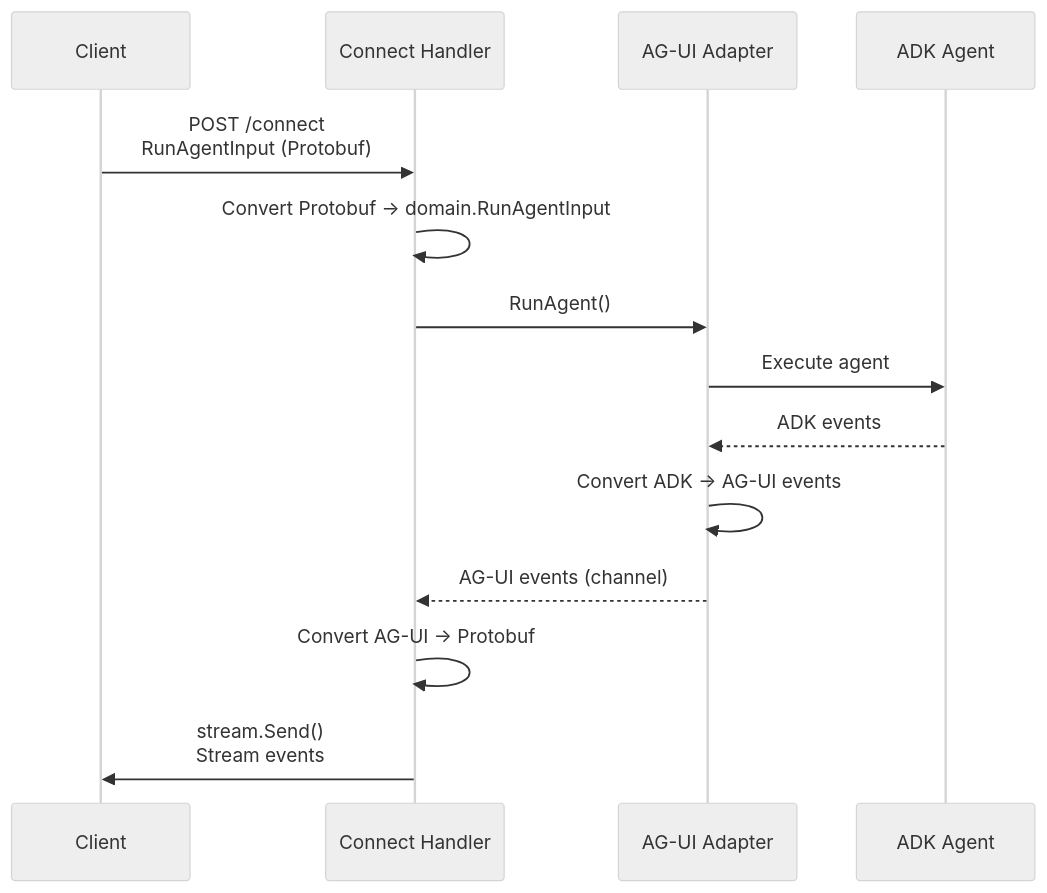
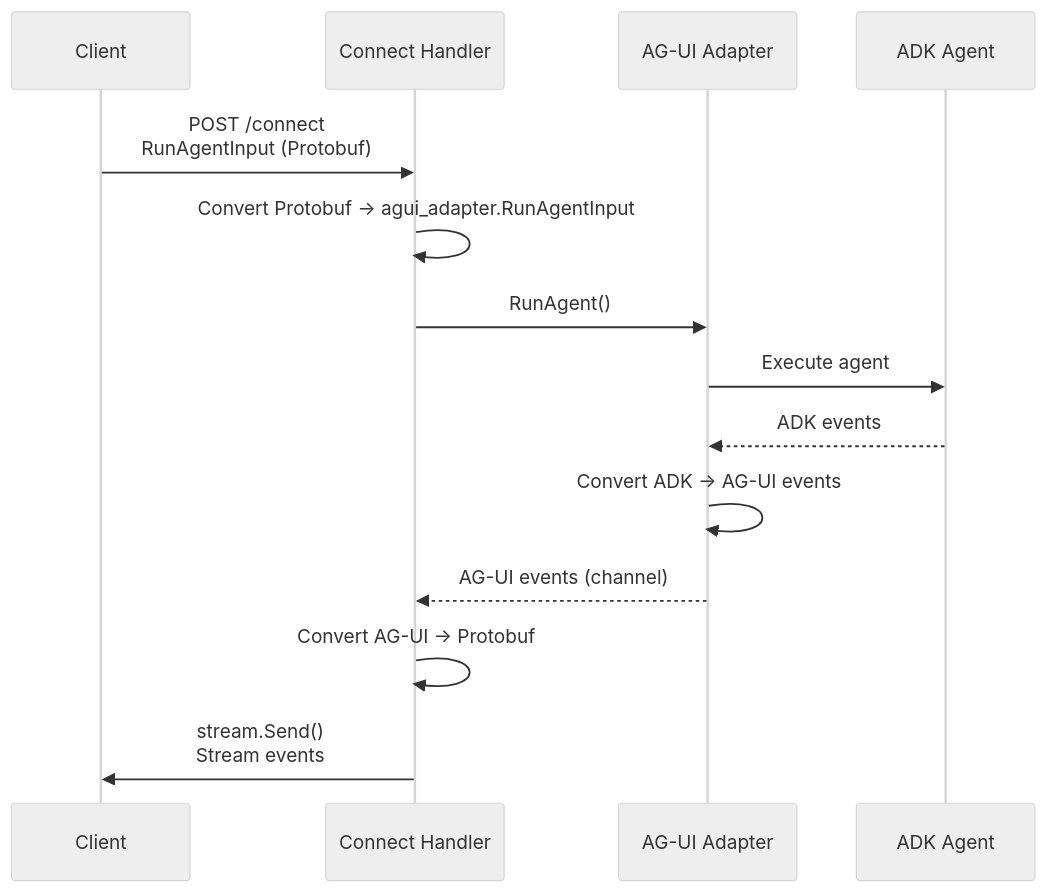
The second of 2 diagrams in agent-go-ag-ui/docs/CONNECT_RPC.md (alejomartinez8/chatbot-demo), drawn with Mermaid (neutral theme) before and after one commit. The commit also changed other lines of this file and 6 other files, not shown here.

First line of the commit message:
refactor: consolidate AG-UI protocol logic in agui_adapter

````diff
--- a/agent-go-ag-ui/docs/CONNECT_RPC.md
+++ b/agent-go-ag-ui/docs/CONNECT_RPC.md
@@ -31,17 +31,17 @@
 ```mermaid
 sequenceDiagram
     participant Client
     participant Handler as Connect Handler
     participant Adapter as AG-UI Adapter
     participant ADK as ADK Agent
     
     Client->>Handler: POST /connect<br/>RunAgentInput (Protobuf)
-    Handler->>Handler: Convert Protobuf → domain.RunAgentInput
+    Handler->>Handler: Convert Protobuf → agui_adapter.RunAgentInput
     Handler->>Adapter: RunAgent()
     Adapter->>ADK: Execute agent
     ADK-->>Adapter: ADK events
     Adapter->>Adapter: Convert ADK → AG-UI events
     Adapter-->>Handler: AG-UI events (channel)
     Handler->>Handler: Convert AG-UI → Protobuf
     Handler->>Client: stream.Send()<br/>Stream events
 ```
````
